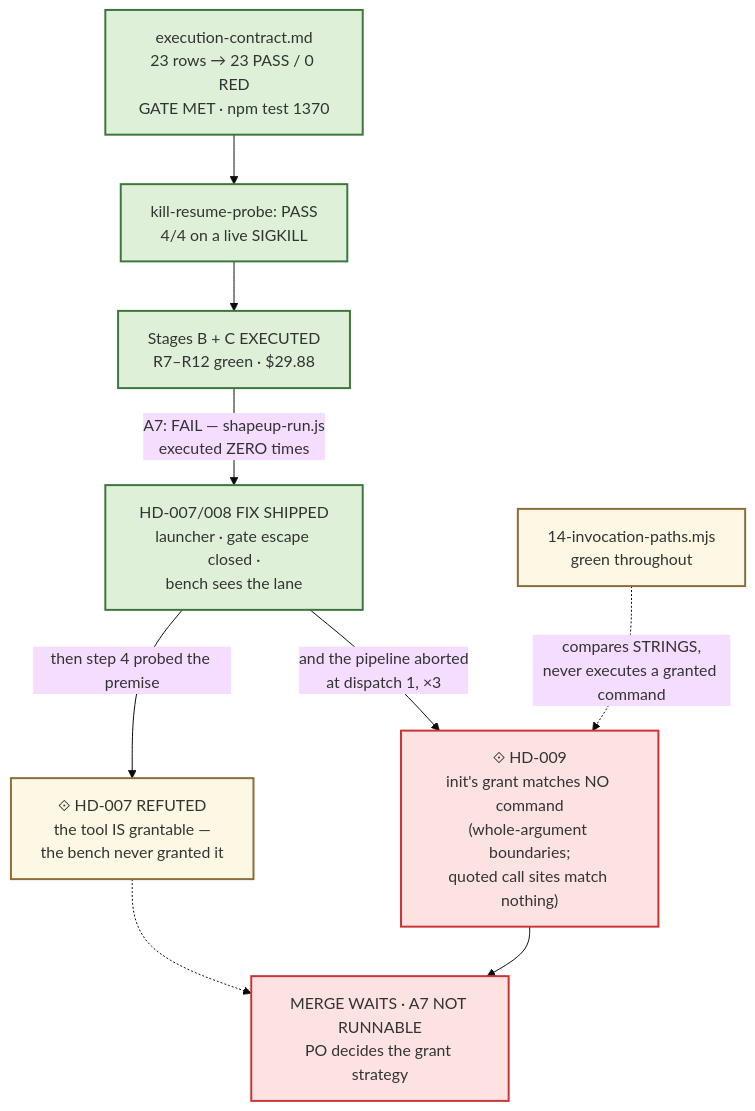
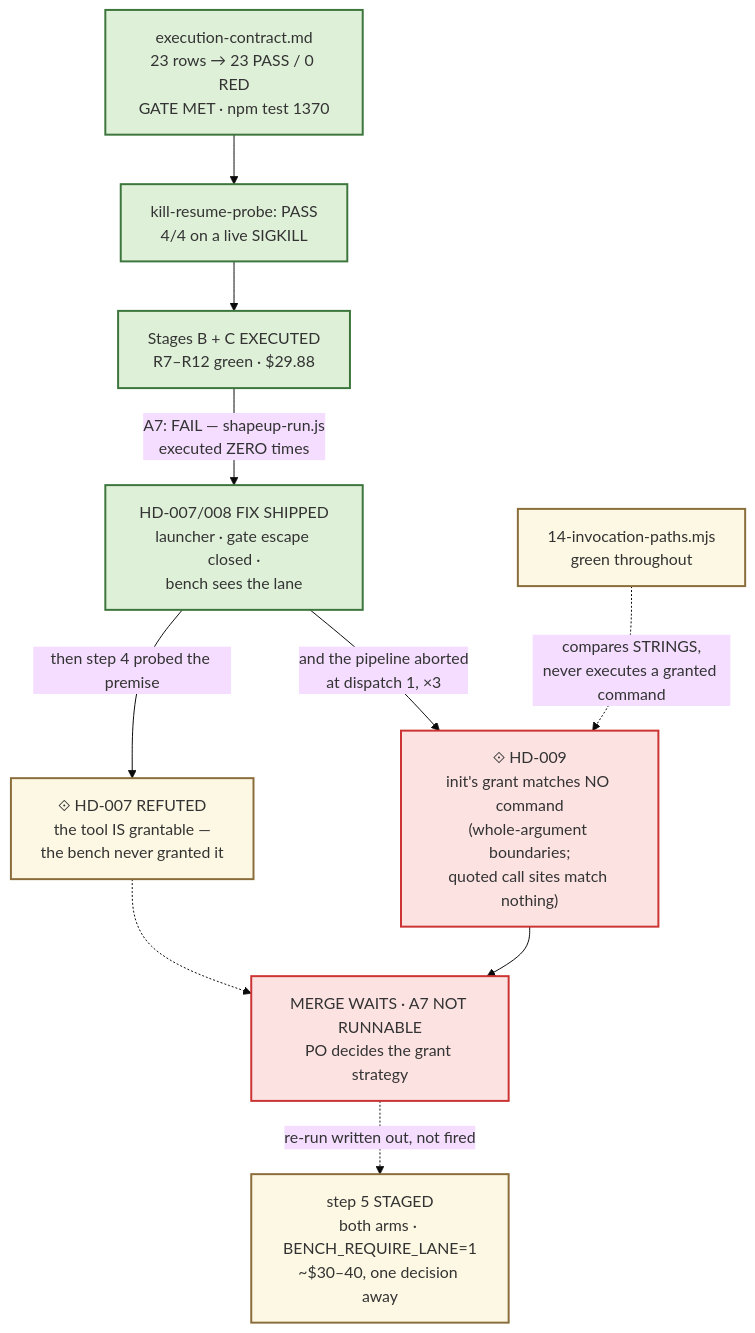
The first of 12 diagrams in docs/migration/stages-visual.md (nguyenvanphituoc/shapeup-sdlc-plugin), drawn with Mermaid (base theme) before and after one commit. The commit also changed other lines of this file and 3 other files, not shown here.

````diff
--- a/docs/migration/stages-visual.md
+++ b/docs/migration/stages-visual.md
@@ -53,18 +62,19 @@
 ```mermaid
 flowchart TB
   ROWS["execution-contract.md<br/>23 rows → 23 PASS / 0 RED<br/>GATE MET · npm test 1370"] --> PROBE["kill-resume-probe: PASS<br/>4/4 on a live SIGKILL"]
   PROBE --> B["Stages B + C EXECUTED<br/>R7–R12 green · $29.88"]
   B -->|"A7: FAIL — shapeup-run.js<br/>executed ZERO times"| FIX["HD-007/008 FIX SHIPPED<br/>launcher · gate escape closed ·<br/>bench sees the lane"]
   FIX -->|"then step 4 probed the premise"| REF["⟐ HD-007 REFUTED<br/>the tool IS grantable —<br/>the bench never granted it"]
   FIX -->|"and the pipeline aborted<br/>at dispatch 1, ×3"| HD9["⟐ HD-009<br/>init's grant matches NO command<br/>(whole-argument boundaries;<br/>quoted call sites match nothing)"]
   HD9 --> HOLD["MERGE WAITS · A7 NOT RUNNABLE<br/>PO decides the grant strategy"]
+  HOLD -.->|"re-run written out, not fired"| S5["step 5 STAGED<br/>both arms · BENCH_REQUIRE_LANE=1<br/>~$30–40, one decision away"]
   REF -.-> HOLD
   T14["14-invocation-paths.mjs<br/>green throughout"] -.->|"compares STRINGS,<br/>never executes a granted command"| HD9
 
   classDef good fill:#dff0d8,stroke:#3c763d,stroke-width:2px
   classDef bad fill:#fde2e2,stroke:#c33,stroke-width:2px
   classDef todo fill:#fcf8e3,stroke:#8a6d3b,stroke-width:2px
   class ROWS,PROBE,B,FIX good
   class HD9,HOLD bad
-  class REF,T14 todo
+  class REF,T14,S5 todo
 ```
````
